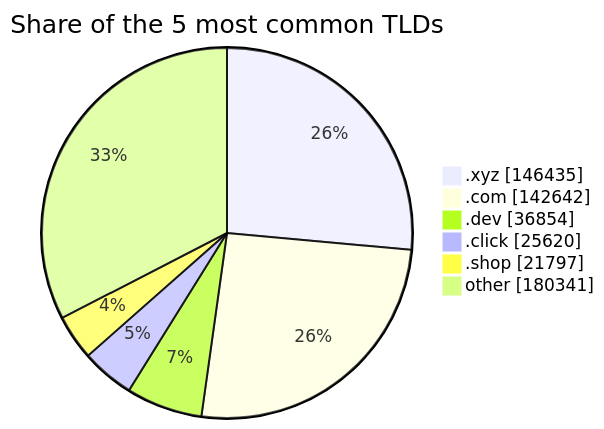
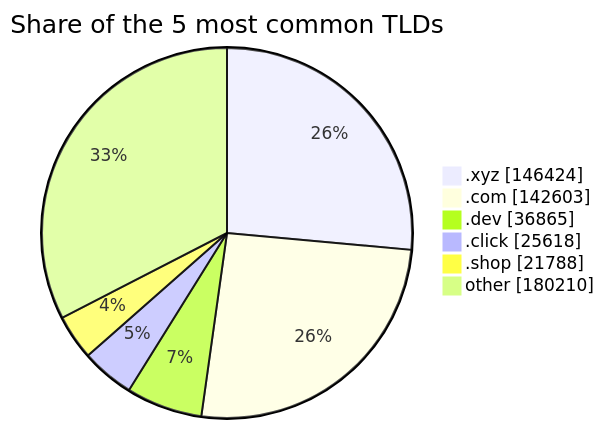
Before and after one commit to DNSBunker/CTI: the third of 3 diagrams in README.md, drawn with Mermaid. The commit also changed other lines of this file and 3 other files, not shown here.

````diff
--- a/README.md
+++ b/README.md
@@ -81,9 +81,9 @@
 ```mermaid
 pie showData title Share of the 5 most common TLDs
-    ".xyz" : 146435
-    ".com" : 142642
-    ".dev" : 36854
-    ".click" : 25620
-    ".shop" : 21797
-    "other" : 180341
+    ".xyz" : 146424
+    ".com" : 142603
+    ".dev" : 36865
+    ".click" : 25618
+    ".shop" : 21788
+    "other" : 180210
 ```
````
